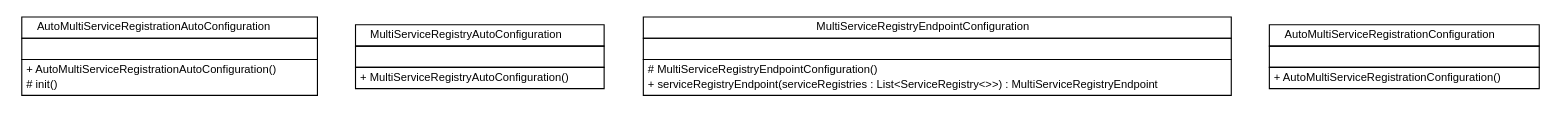
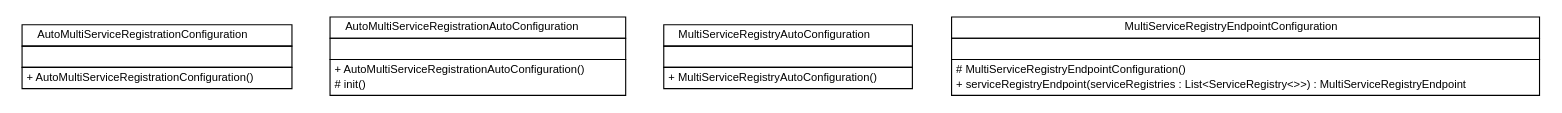
Before and after one commit to cloud-ready/cloud-ready: the diagram in release/build-docker/spring-cloud-service-discovery/spring-cloud-multi-registration/apidocs/org/springframework/cloud/client/serviceregistry/org.springframework.cloud.client.serviceregistry.dot, drawn with Graphviz. The commit also changed 85 other files, not shown here.

Commit message:
Creating site for spring-cloud-multi-registration-1.0.1.U1

```diff
--- a/release/build-docker/spring-cloud-service-discovery/spring-cloud-multi-registration/apidocs/org/springframework/cloud/client/serviceregistry/org.springframework.cloud.client.serviceregistry.dot
+++ b/release/build-docker/spring-cloud-service-discovery/spring-cloud-multi-registration/apidocs/org/springframework/cloud/client/serviceregistry/org.springframework.cloud.client.serviceregistry.dot
@@ -1,62 +1,62 @@
 #!/usr/local/bin/dot
 #
 # Class diagram 
 # Generated by UMLGraph version R5_6-24-gf6e263 (http://www.umlgraph.org/)
 #
 
 digraph G {
 	edge [fontname="Helvetica",fontsize=10,labelfontname="Helvetica",labelfontsize=10];
 	node [fontname="Helvetica",fontsize=10,shape=plaintext];
 	nodesep=0.25;
 	ranksep=0.5;
+	// org.springframework.cloud.client.serviceregistry.AutoMultiServiceRegistrationConfiguration
+	c0 [label=<<table title="org.springframework.cloud.client.serviceregistry.AutoMultiServiceRegistrationConfiguration" border="0" cellborder="1" cellspacing="0" cellpadding="2" port="p" href="./AutoMultiServiceRegistrationConfiguration.html">
+		<tr><td><table border="0" cellspacing="0" cellpadding="1">
+<tr><td align="center" balign="center"> AutoMultiServiceRegistrationConfiguration </td></tr>
+		</table></td></tr>
+		<tr><td><table border="0" cellspacing="0" cellpadding="1">
+<tr><td align="left" balign="left">  </td></tr>
+		</table></td></tr>
+		<tr><td><table border="0" cellspacing="0" cellpadding="1">
+<tr><td align="left" balign="left"> + AutoMultiServiceRegistrationConfiguration() </td></tr>
+		</table></td></tr>
+		</table>>, URL="./AutoMultiServiceRegistrationConfiguration.html", fontname="Helvetica", fontcolor="black", fontsize=10.0];
 	// org.springframework.cloud.client.serviceregistry.AutoMultiServiceRegistrationAutoConfiguration
-	c10 [label=<<table title="org.springframework.cloud.client.serviceregistry.AutoMultiServiceRegistrationAutoConfiguration" border="0" cellborder="1" cellspacing="0" cellpadding="2" port="p" href="./AutoMultiServiceRegistrationAutoConfiguration.html">
+	c1 [label=<<table title="org.springframework.cloud.client.serviceregistry.AutoMultiServiceRegistrationAutoConfiguration" border="0" cellborder="1" cellspacing="0" cellpadding="2" port="p" href="./AutoMultiServiceRegistrationAutoConfiguration.html">
 		<tr><td><table border="0" cellspacing="0" cellpadding="1">
 <tr><td align="center" balign="center"> AutoMultiServiceRegistrationAutoConfiguration </td></tr>
 		</table></td></tr>
 		<tr><td><table border="0" cellspacing="0" cellpadding="1">
 <tr><td align="left" balign="left">  </td></tr>
 		</table></td></tr>
 		<tr><td><table border="0" cellspacing="0" cellpadding="1">
 <tr><td align="left" balign="left"> + AutoMultiServiceRegistrationAutoConfiguration() </td></tr>
 <tr><td align="left" balign="left"> # init() </td></tr>
 		</table></td></tr>
 		</table>>, URL="./AutoMultiServiceRegistrationAutoConfiguration.html", fontname="Helvetica", fontcolor="black", fontsize=10.0];
 	// org.springframework.cloud.client.serviceregistry.MultiServiceRegistryAutoConfiguration
-	c11 [label=<<table title="org.springframework.cloud.client.serviceregistry.MultiServiceRegistryAutoConfiguration" border="0" cellborder="1" cellspacing="0" cellpadding="2" port="p" href="./MultiServiceRegistryAutoConfiguration.html">
+	c2 [label=<<table title="org.springframework.cloud.client.serviceregistry.MultiServiceRegistryAutoConfiguration" border="0" cellborder="1" cellspacing="0" cellpadding="2" port="p" href="./MultiServiceRegistryAutoConfiguration.html">
 		<tr><td><table border="0" cellspacing="0" cellpadding="1">
 <tr><td align="center" balign="center"> MultiServiceRegistryAutoConfiguration </td></tr>
 		</table></td></tr>
 		<tr><td><table border="0" cellspacing="0" cellpadding="1">
 <tr><td align="left" balign="left">  </td></tr>
 		</table></td></tr>
 		<tr><td><table border="0" cellspacing="0" cellpadding="1">
 <tr><td align="left" balign="left"> + MultiServiceRegistryAutoConfiguration() </td></tr>
 		</table></td></tr>
 		</table>>, URL="./MultiServiceRegistryAutoConfiguration.html", fontname="Helvetica", fontcolor="black", fontsize=10.0];
 	// org.springframework.cloud.client.serviceregistry.MultiServiceRegistryAutoConfiguration.MultiServiceRegistryEndpointConfiguration
-	c12 [label=<<table title="org.springframework.cloud.client.serviceregistry.MultiServiceRegistryAutoConfiguration.MultiServiceRegistryEndpointConfiguration" border="0" cellborder="1" cellspacing="0" cellpadding="2" port="p" href="./MultiServiceRegistryAutoConfiguration.MultiServiceRegistryEndpointConfiguration.html">
+	c3 [label=<<table title="org.springframework.cloud.client.serviceregistry.MultiServiceRegistryAutoConfiguration.MultiServiceRegistryEndpointConfiguration" border="0" cellborder="1" cellspacing="0" cellpadding="2" port="p" href="./MultiServiceRegistryAutoConfiguration.MultiServiceRegistryEndpointConfiguration.html">
 		<tr><td><table border="0" cellspacing="0" cellpadding="1">
 <tr><td align="center" balign="center"> MultiServiceRegistryEndpointConfiguration </td></tr>
 		</table></td></tr>
 		<tr><td><table border="0" cellspacing="0" cellpadding="1">
 <tr><td align="left" balign="left">  </td></tr>
 		</table></td></tr>
 		<tr><td><table border="0" cellspacing="0" cellpadding="1">
 <tr><td align="left" balign="left"> # MultiServiceRegistryEndpointConfiguration() </td></tr>
 <tr><td align="left" balign="left"> + serviceRegistryEndpoint(serviceRegistries : List&lt;ServiceRegistry&lt;&gt;&gt;) : MultiServiceRegistryEndpoint </td></tr>
 		</table></td></tr>
 		</table>>, URL="./MultiServiceRegistryAutoConfiguration.MultiServiceRegistryEndpointConfiguration.html", fontname="Helvetica", fontcolor="black", fontsize=10.0];
-	// org.springframework.cloud.client.serviceregistry.AutoMultiServiceRegistrationConfiguration
-	c13 [label=<<table title="org.springframework.cloud.client.serviceregistry.AutoMultiServiceRegistrationConfiguration" border="0" cellborder="1" cellspacing="0" cellpadding="2" port="p" href="./AutoMultiServiceRegistrationConfiguration.html">
-		<tr><td><table border="0" cellspacing="0" cellpadding="1">
-<tr><td align="center" balign="center"> AutoMultiServiceRegistrationConfiguration </td></tr>
-		</table></td></tr>
-		<tr><td><table border="0" cellspacing="0" cellpadding="1">
-<tr><td align="left" balign="left">  </td></tr>
-		</table></td></tr>
-		<tr><td><table border="0" cellspacing="0" cellpadding="1">
-<tr><td align="left" balign="left"> + AutoMultiServiceRegistrationConfiguration() </td></tr>
-		</table></td></tr>
-		</table>>, URL="./AutoMultiServiceRegistrationConfiguration.html", fontname="Helvetica", fontcolor="black", fontsize=10.0];
 }
```
